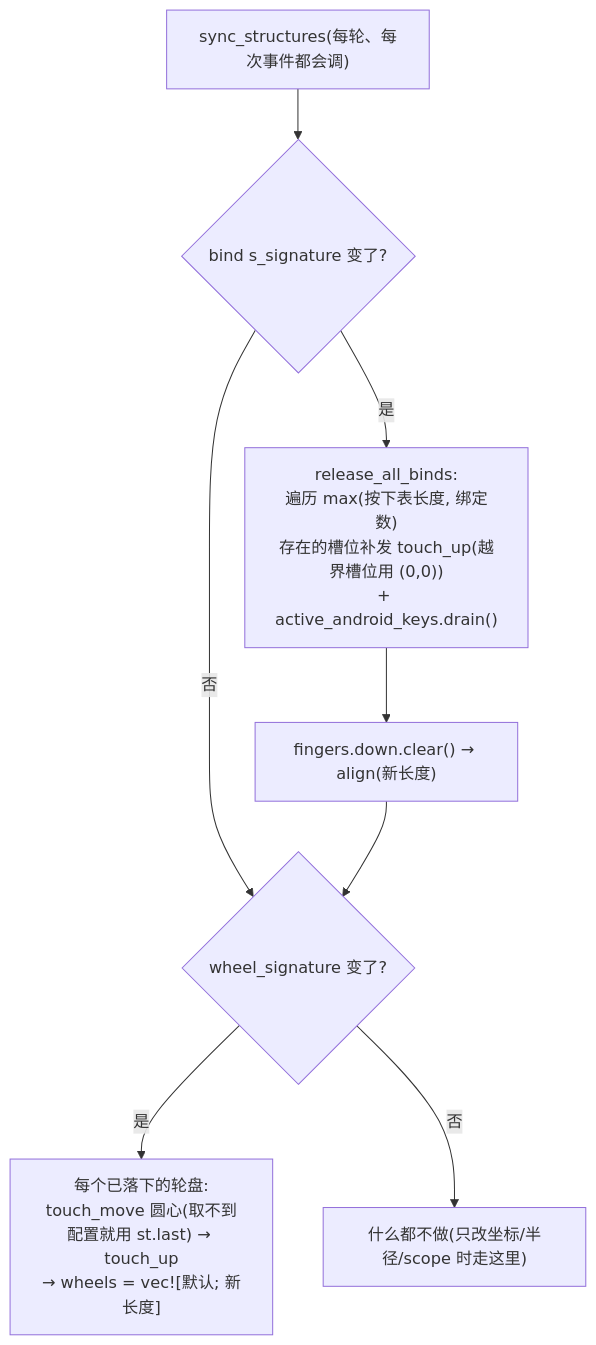
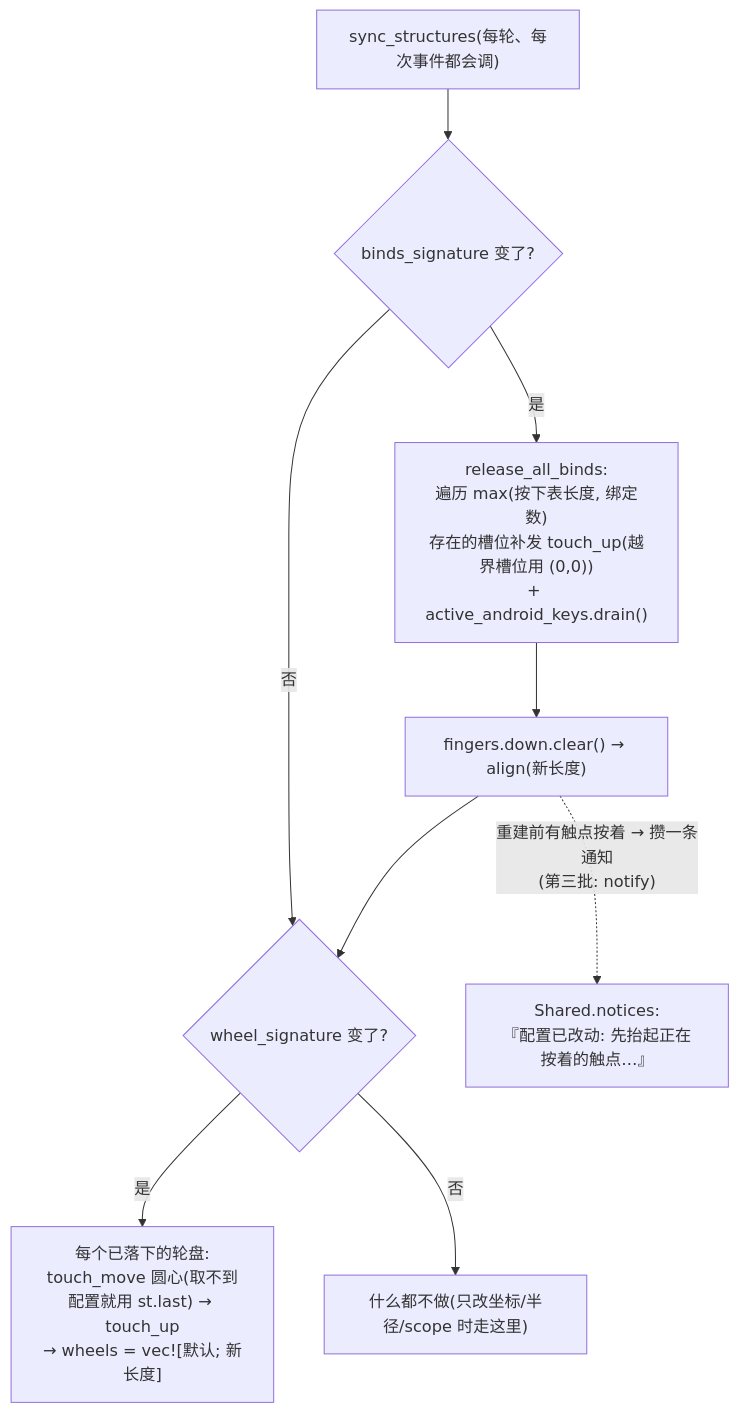
One commit to Azrl-lyh/scrcpy-pad changed the fourth of 8 diagrams in 文档/文件与执行逻辑.md. Above: the diagram before and after it, drawn with Mermaid. The commit also changed other lines of this file and 10 other files, not shown here.

````diff
--- a/文档/文件与执行逻辑.md
+++ b/文档/文件与执行逻辑.md
@@ -488,10 +496,11 @@
 ```mermaid
 flowchart TD
-    SYNC["sync_structures(每轮、每次事件都会调)"] --> BS{"bind s_signature 变了?"}
+    SYNC["sync_structures(每轮、每次事件都会调)"] --> BS{"binds_signature 变了?"}
     BS -->|"是"| RA["release_all_binds:<br/>遍历 max(按下表长度, 绑定数)<br/>存在的槽位补发 touch_up(越界槽位用 (0,0))<br/>+ active_android_keys.drain()"]
     RA --> RB["fingers.down.clear() → align(新长度)"]
     BS -->|"否"| WS
     RB --> WS{"wheel_signature 变了?"}
     WS -->|"是"| WW["每个已落下的轮盘:<br/>touch_move 圆心(取不到配置就用 st.last) → touch_up<br/>→ wheels = vec![默认; 新长度]"]
     WS -->|"否"| DONE["什么都不做(只改坐标/半径/scope 时走这里)"]
+    RB -.->|"重建前有触点按着 → 攒一条通知<br/>(第三批: notify)"| NOTE["Shared.notices:<br/>『配置已改动: 先抬起正在按着的触点…』"]
 ```
````
